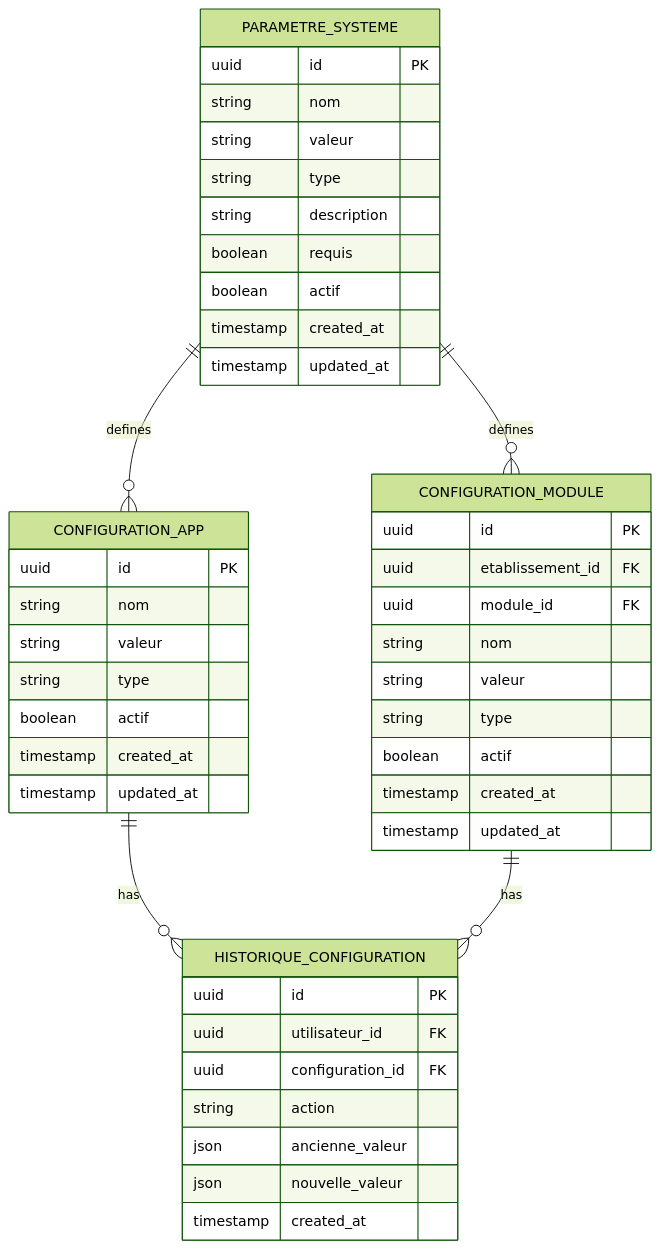
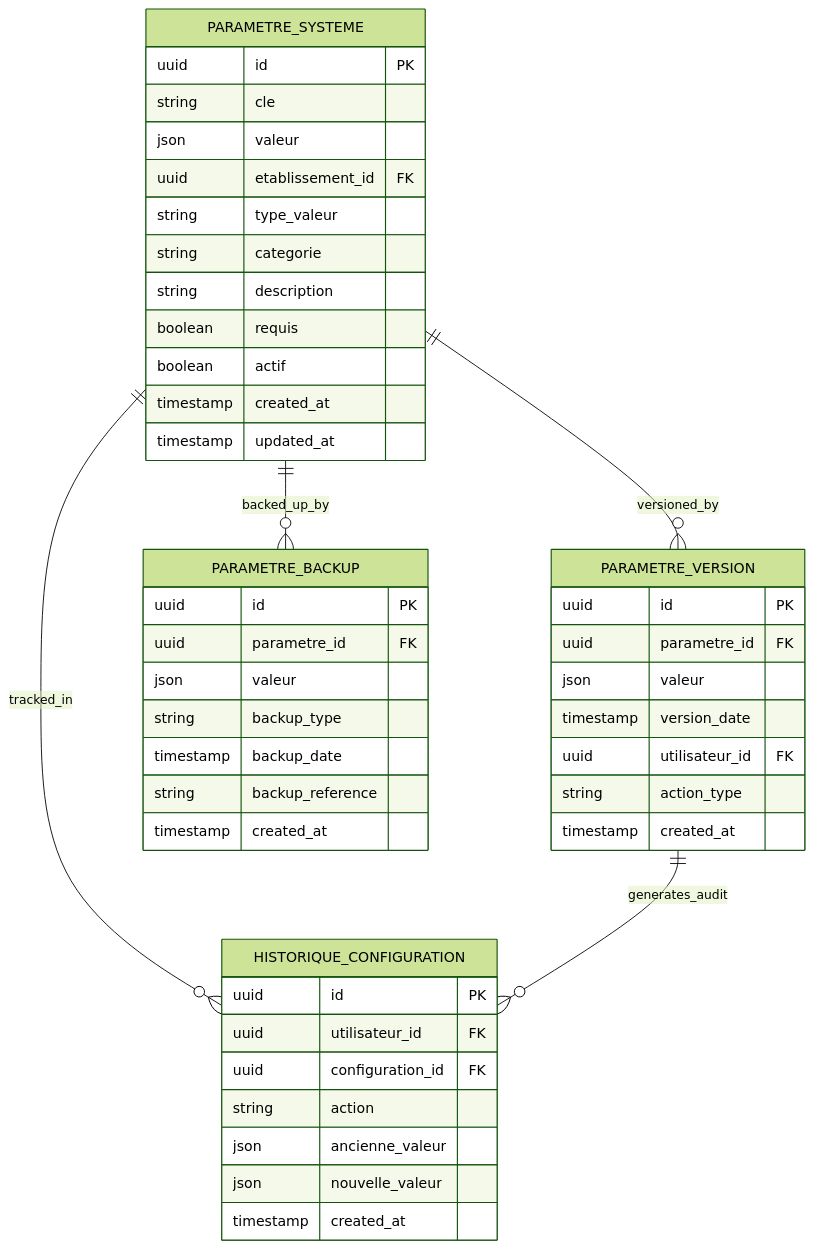
Before and after one commit to franckylab/eLISAschool: the third of 6 diagrams in .qoder/repowiki/en/content/Getting Started/Complete Configuration Coverage.md, drawn with Mermaid (forest theme). The commit also changed other lines of this file and 281 other files, not shown here.

````diff
--- a/.qoder/repowiki/en/content/Getting Started/Complete Configuration Coverage.md
+++ b/.qoder/repowiki/en/content/Getting Started/Complete Configuration Coverage.md
@@ -157,47 +207,47 @@
 ```mermaid
 erDiagram
-CONFIGURATION_APP {
-uuid id PK
-string nom
-string valeur
-string type
-boolean actif
-timestamp created_at
-timestamp updated_at
-}
-CONFIGURATION_MODULE {
-uuid id PK
-uuid etablissement_id FK
-uuid module_id FK
-string nom
-string valeur
-string type
-boolean actif
-timestamp created_at
-timestamp updated_at
-}
 PARAMETRE_SYSTEME {
 uuid id PK
-string nom
-string valeur
-string type
+string cle
+json valeur
+uuid etablissement_id FK
+string type_valeur
+string categorie
 string description
 boolean requis
 boolean actif
 timestamp created_at
 timestamp updated_at
+}
+PARAMETRE_VERSION {
+uuid id PK
+uuid parametre_id FK
+json valeur
+timestamp version_date
+uuid utilisateur_id FK
+string action_type
+timestamp created_at
+}
+PARAMETRE_BACKUP {
+uuid id PK
+uuid parametre_id FK
+json valeur
+string backup_type
+timestamp backup_date
+string backup_reference
+timestamp created_at
 }
 HISTORIQUE_CONFIGURATION {
 uuid id PK
 uuid utilisateur_id FK
 uuid configuration_id FK
 string action
 json ancienne_valeur
 json nouvelle_valeur
 timestamp created_at
 }
-CONFIGURATION_APP ||--o{ HISTORIQUE_CONFIGURATION : "has"
-CONFIGURATION_MODULE ||--o{ HISTORIQUE_CONFIGURATION : "has"
-PARAMETRE_SYSTEME ||--o{ CONFIGURATION_APP : "defines"
-PARAMETRE_SYSTEME ||--o{ CONFIGURATION_MODULE : "defines"
+PARAMETRE_SYSTEME ||--o{ PARAMETRE_VERSION : "versioned_by"
+PARAMETRE_SYSTEME ||--o{ PARAMETRE_BACKUP : "backed_up_by"
+PARAMETRE_SYSTEME ||--o{ HISTORIQUE_CONFIGURATION : "tracked_in"
+PARAMETRE_VERSION ||--o{ HISTORIQUE_CONFIGURATION : "generates_audit"
 ```
````
